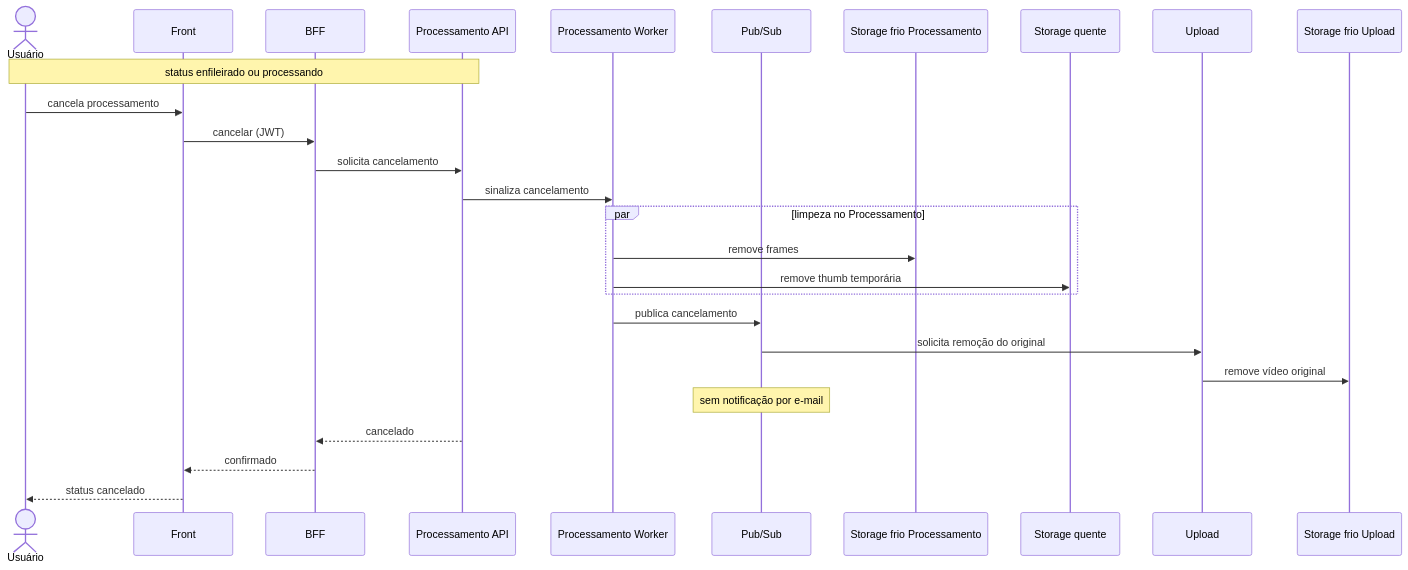
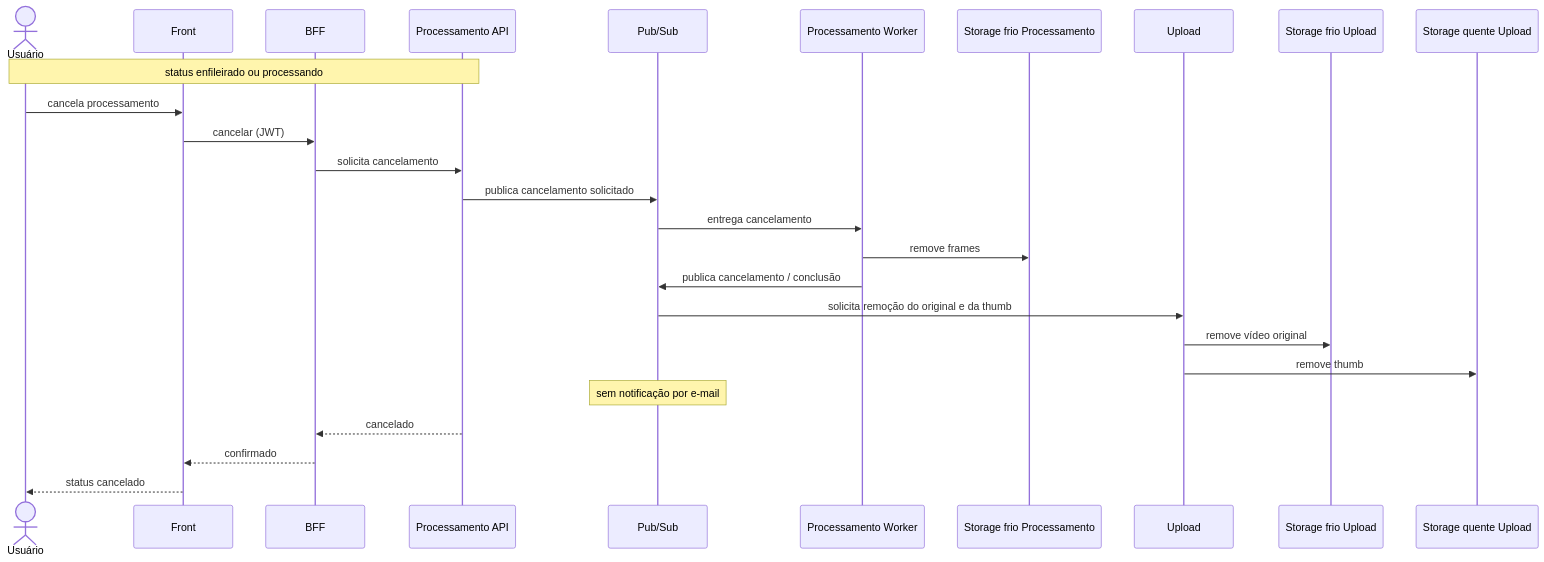
The diagram in fluxo-e-estados/06_cancelamento.md (fiap-x-vcosta/docs), drawn with Mermaid before and after one commit. The commit also changed 30 other files, not shown here.

````diff
--- a/fluxo-e-estados/06_cancelamento.md
+++ b/fluxo-e-estados/06_cancelamento.md
@@ -1,30 +1,29 @@
 ```mermaid
 sequenceDiagram
   actor U as Usuário
   participant Web as Front
   participant BFF as BFF
   participant Api as Processamento API
+  participant Bus as Pub/Sub
   participant Worker as Processamento Worker
-  participant Bus as Pub/Sub
   participant FrioProc as Storage frio Processamento
-  participant Quente as Storage quente
   participant Up as Upload
   participant FrioUp as Storage frio Upload
+  participant Quente as Storage quente Upload
 
   Note over U,Api: status enfileirado ou processando
   U->>Web: cancela processamento
   Web->>BFF: cancelar (JWT)
   BFF->>Api: solicita cancelamento
-  Api->>Worker: sinaliza cancelamento
-  par limpeza no Processamento
-    Worker->>FrioProc: remove frames
-    Worker->>Quente: remove thumb temporária
-  end
-  Worker->>Bus: publica cancelamento
-  Bus->>Up: solicita remoção do original
+  Api->>Bus: publica cancelamento solicitado
+  Bus->>Worker: entrega cancelamento
+  Worker->>FrioProc: remove frames
+  Worker->>Bus: publica cancelamento / conclusão
+  Bus->>Up: solicita remoção do original e da thumb
   Up->>FrioUp: remove vídeo original
+  Up->>Quente: remove thumb
   Note over Bus: sem notificação por e-mail
   Api-->>BFF: cancelado
   BFF-->>Web: confirmado
   Web-->>U: status cancelado
 ```
````
